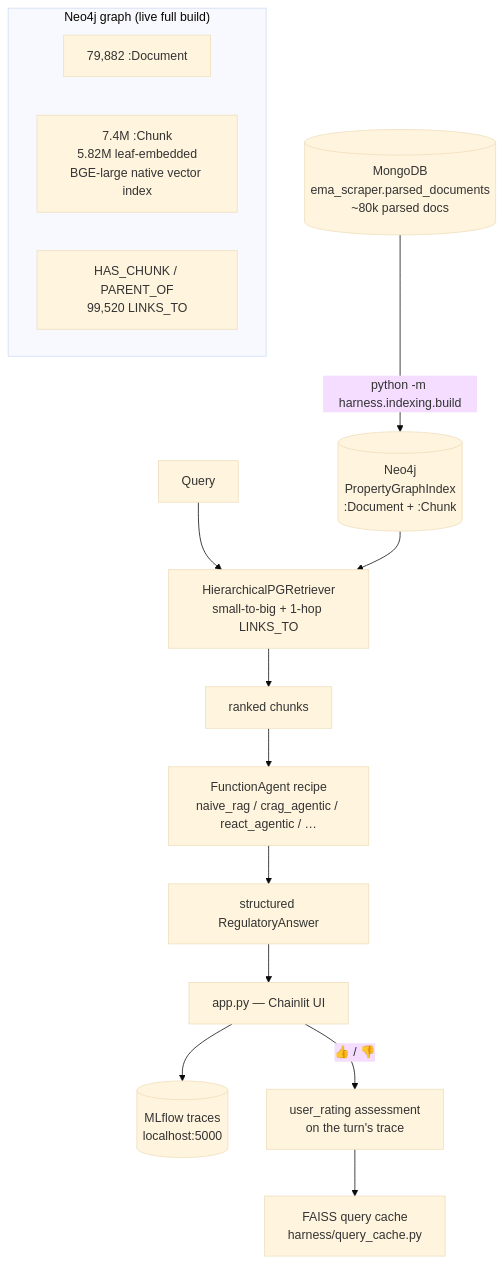
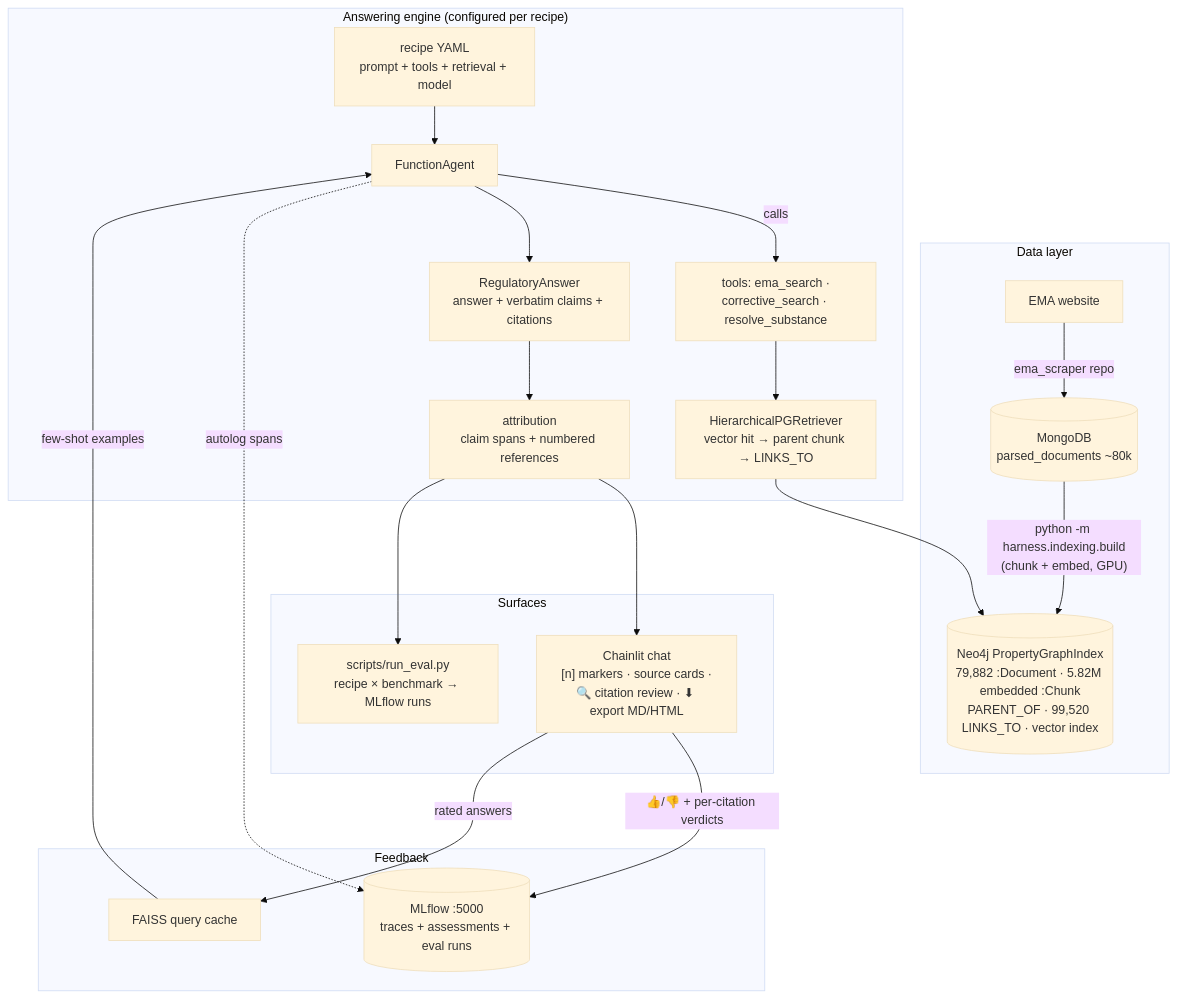
The first of 2 diagrams in docs/ONBOARDING.md (MoritzImendoerffer/ema_nlp), drawn with Mermaid (base theme) before and after one commit. The commit also changed other lines of this file and 9 other files, not shown here.

First line of the commit message:
docs: re-onboarding overhaul — big picture first, worked recipe examples, GPU-walk runbook

````diff
--- a/docs/ONBOARDING.md
+++ b/docs/ONBOARDING.md
@@ -28,22 +61,28 @@
 ```mermaid
-flowchart TD
-    M[(MongoDB<br/>ema_scraper.parsed_documents<br/>~80k parsed docs)] -->|python -m harness.indexing.build| N4J[(Neo4j<br/>PropertyGraphIndex<br/>:Document + :Chunk)]
-
-    subgraph N4J_DETAIL["Neo4j graph (live full build)"]
-      D[79,882 :Document]
-      CH[7.4M :Chunk<br/>5.82M leaf-embedded<br/>BGE-large native vector index]
-      E[HAS_CHUNK / PARENT_OF<br/>99,520 LINKS_TO]
+flowchart TB
+    subgraph DATA["Data layer"]
+      EMA[EMA website] -->|ema_scraper repo| MG[("MongoDB<br/>parsed_documents ~80k")]
+      MG -->|"python -m harness.indexing.build<br/>(chunk + embed, GPU)"| NEO[("Neo4j PropertyGraphIndex<br/>79,882 :Document · 5.82M embedded :Chunk<br/>PARENT_OF · 99,520 LINKS_TO · vector index")]
     end
 
-    Q[Query] --> RET[HierarchicalPGRetriever<br/>small-to-big + 1-hop LINKS_TO]
-    N4J --> RET
-    RET --> DOCS[ranked chunks]
+    subgraph ENGINE["Answering engine (configured per recipe)"]
+      REC["recipe YAML<br/>prompt + tools + retrieval + model"] --> AG["FunctionAgent"]
+      AG -->|calls| TOOLS["tools: ema_search ·<br/>corrective_search · resolve_substance"]
+      TOOLS --> RET["HierarchicalPGRetriever<br/>vector hit → parent chunk → LINKS_TO"]
+      RET --> NEO
+      AG --> ANS["RegulatoryAnswer<br/>answer + verbatim claims + citations"]
+      ANS --> ATT["attribution<br/>claim spans + numbered references"]
+    end
 
-    DOCS --> WF[FunctionAgent recipe<br/>naive_rag / crag_agentic / react_agentic / …]
-    WF --> ANS[structured RegulatoryAnswer]
+    subgraph SURFACES["Surfaces"]
+      ATT --> UI["Chainlit chat<br/>[n] markers · source cards ·<br/>🔍 citation review · ⬇ export MD/HTML"]
+      ATT --> EVAL["scripts/run_eval.py<br/>recipe × benchmark → MLflow runs"]
+    end
 
-    ANS --> APP[app.py — Chainlit UI]
-    APP --> PHX[(MLflow traces<br/>localhost:5000)]
-    APP -->|👍 / 👎| FB[user_rating assessment<br/>on the turn's trace]
-    FB --> CACHE[FAISS query cache<br/>harness/query_cache.py]
+    subgraph LEARN["Feedback"]
+      UI -->|"👍/👎 + per-citation verdicts"| MLF[("MLflow :5000<br/>traces + assessments + eval runs")]
+      AG -.autolog spans.-> MLF
+      UI -->|rated answers| QC["FAISS query cache"]
+      QC -->|few-shot examples| AG
+    end
 ```
````
